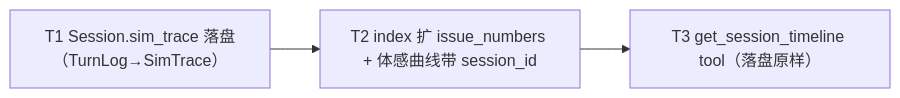
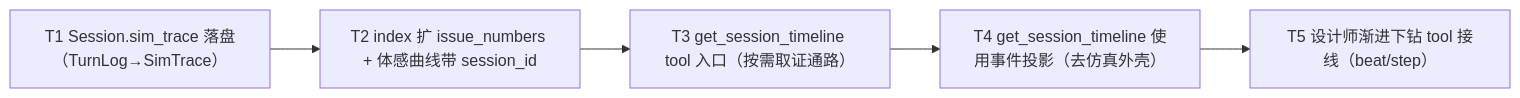
Before and after one commit to Curry09/AHE-Beta: diagram 48 of 49 in docs/specs/OVERVIEW.md, drawn with Mermaid. The commit also changed other lines of this file and 10 other files, not shown here.

First line of the commit message:
feat(designer): 使用事件投影与 beat/step 渐进下钻（spec 0024 T4/T5）

````diff
--- a/docs/specs/OVERVIEW.md
+++ b/docs/specs/OVERVIEW.md
@@ -1043,8 +1049,12 @@
 ```mermaid
 graph LR
     nT1["T1 Session.sim_trace 落盘（TurnLog→SimTrace）"]
     nT2["T2 index 扩 issue_numbers + 体感曲线带 session_id"]
-    nT3["T3 get_session_timeline tool（落盘原样）"]
+    nT3["T3 get_session_timeline tool 入口（按需取证通路）"]
+    nT4["T4 get_session_timeline 使用事件投影（去仿真外壳）"]
+    nT5["T5 设计师渐进下钻 tool 接线（beat/step）"]
     nT1 --> nT2
     nT2 --> nT3
+    nT3 --> nT4
+    nT4 --> nT5
 ```
````
